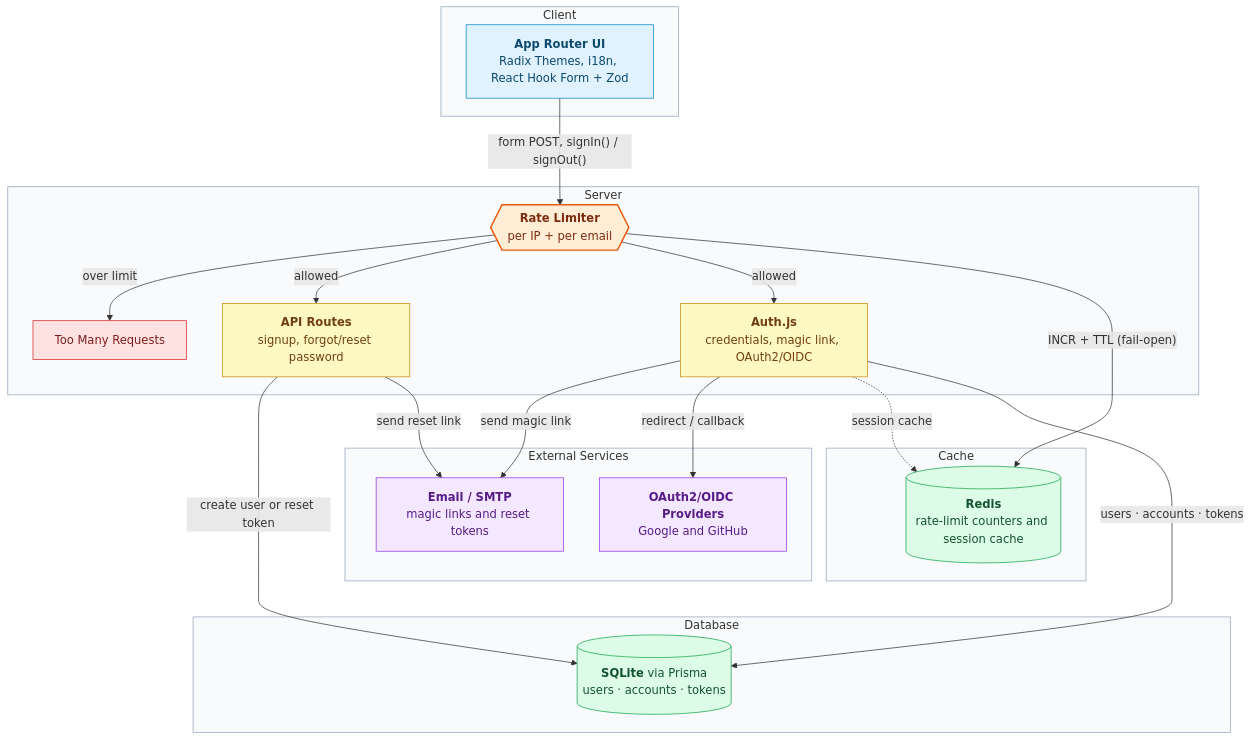
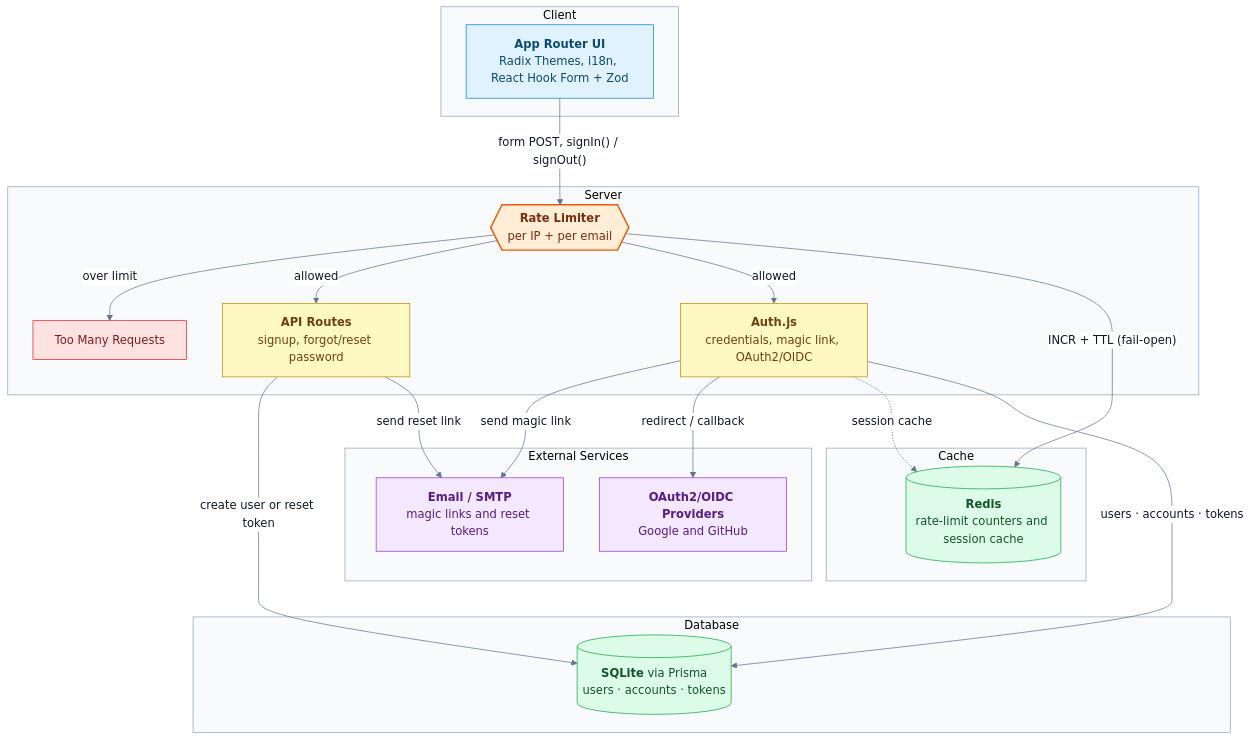
The diagram in README.md (redouane-nouri/auth), drawn with Mermaid before and after one commit. The commit also changed other lines of this file and 14 other files, not shown here.

````diff
--- a/README.md
+++ b/README.md
@@ -240,59 +238,60 @@
 ```mermaid
+%%{init: {"theme": "base", "themeVariables": {"background": "#ffffff", "primaryColor": "#ffffff", "primaryBorderColor": "#94a3b8", "primaryTextColor": "#0f172a", "lineColor": "#64748b"}}}%%
 flowchart TD
 subgraph Client["Client"]
 UI["<b>App Router UI</b><br />Radix Themes, i18n, React Hook Form + Zod"]
 end
 
 subgraph Server["Server"]
 RL{{"<b>Rate Limiter</b><br />per IP + per email"}}
 Reject["Too Many Requests"]
 Routes["<b>API Routes</b><br />signup, forgot/reset password"]
 AuthJS["<b>Auth.js</b><br />credentials, magic link, OAuth2/OIDC"]
 end
 
 subgraph External["External Services"]
 Email["<b>Email / SMTP</b><br />magic links and reset tokens"]
 OAuth["<b>OAuth2/OIDC Providers</b><br />Google and GitHub"]
 end
 
 subgraph Cache["Cache"]
 Redis[("<b>Redis</b><br />rate-limit counters and session cache")]
 end
 
 subgraph DB["Database"]
 SQLite[("<b>SQLite</b> via Prisma<br />users · accounts · tokens")]
 end
 
 UI -->|"form POST, signIn() / signOut()"| RL
 RL -->|"over limit"| Reject
 RL -->|"allowed"| Routes
 RL -->|"allowed"| AuthJS
 RL -->|"INCR + TTL (fail-open)"| Redis
 
 Routes --->|"create user or reset token"| SQLite
 Routes -->|"send reset link"| Email
 AuthJS -->|"send magic link"| Email
 AuthJS -->|"redirect / callback"| OAuth
 AuthJS -.->|"session cache"| Redis
 AuthJS --->|"users · accounts · tokens"| SQLite
 
 classDef client fill:#e0f2fe,stroke:#0284c7,color:#0c4a6e
 classDef server fill:#fef9c3,stroke:#ca8a04,color:#713f12
 classDef gate fill:#ffedd5,stroke:#ea580c,color:#7c2d12,stroke-width:2px
 classDef danger fill:#fee2e2,stroke:#dc2626,color:#7f1d1d
 classDef data fill:#dcfce7,stroke:#16a34a,color:#14532d
 classDef external fill:#f3e8ff,stroke:#9333ea,color:#581c87
 
 class UI client
 class Routes,AuthJS server
 class RL gate
 class Reject danger
 class SQLite,Redis data
 class OAuth,Email external
 
 style Client fill:#f8fafc,stroke:#94a3b8
 style Server fill:#f8fafc,stroke:#94a3b8
 style External fill:#f8fafc,stroke:#94a3b8
 style Cache fill:#f8fafc,stroke:#94a3b8
 style DB fill:#f8fafc,stroke:#94a3b8
 ```
````
